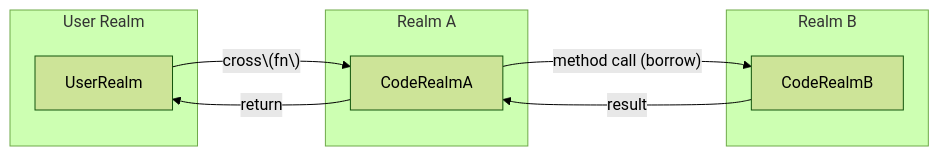
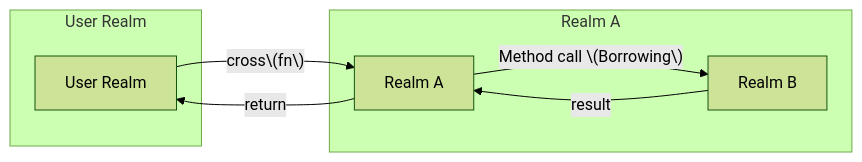
Before and after one commit to Davphla/gno-tutorial: the seventh of 11 diagrams in short-video/inter-realm/slides.md, drawn with Mermaid (forest theme). The commit also changed other lines of this file and 6 other files, not shown here.

````diff
--- a/short-video/inter-realm/slides.md
+++ b/short-video/inter-realm/slides.md
@@ -38,17 +140,15 @@
 ```mermaid
-graph LR
+flowchart LR
   subgraph User Realm
-    U[UserRealm]
+    U[User Realm]
   end
   subgraph Realm A
-    A[CodeRealmA]
-  end
-  subgraph Realm B
-    B[CodeRealmB]
+    A[Realm A]
+    B[Realm B]
   end
 
   U -- cross\(fn\) --> A
-  A -- method call (borrow) --> B
+  A -- Method call \(Borrowing\) --> B
   B -- result --> A
   A -- return --> U
 ```
````
